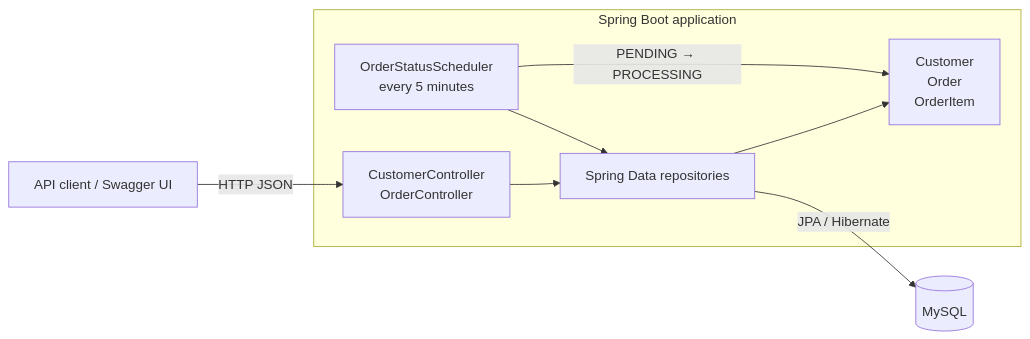
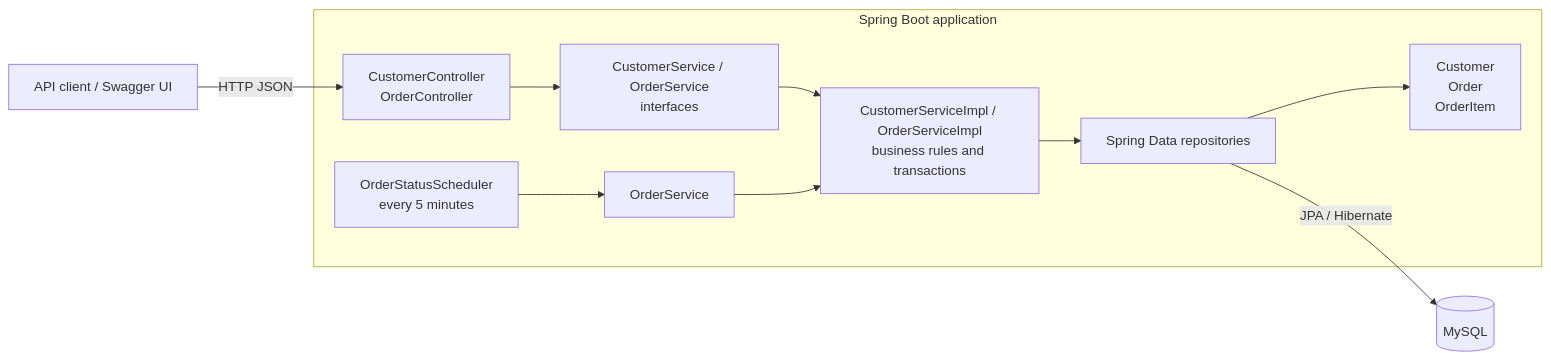
Before and after one commit to GopinathJanakiraman/winter-ecommerce: the diagram in README.md, drawn with Mermaid. The commit also changed other lines of this file and 21 other files, not shown here.

````diff
--- a/README.md
+++ b/README.md
@@ -7,17 +7,21 @@
 ```mermaid
 flowchart LR
     Client[API client / Swagger UI] -->|HTTP JSON| Controllers
 
     subgraph App[Spring Boot application]
         Controllers[CustomerController<br/>OrderController]
+        Services[CustomerService / OrderService<br/>interfaces]
+        Implementations[CustomerServiceImpl / OrderServiceImpl<br/>business rules and transactions]
         Repositories[Spring Data repositories]
         Entities[Customer<br/>Order<br/>OrderItem]
         Scheduler[OrderStatusScheduler<br/>every 5 minutes]
-        Controllers --> Repositories
+        Controllers --> Services
+        Services --> Implementations
+        Implementations --> Repositories
         Repositories --> Entities
-        Scheduler --> Repositories
+        Scheduler --> OrderSvc[OrderService]
     end
 
     Repositories -->|JPA / Hibernate| DB[(MySQL)]
-    Scheduler -->|PENDING → PROCESSING| Entities
+    OrderSvc --> Implementations
 ```
````
